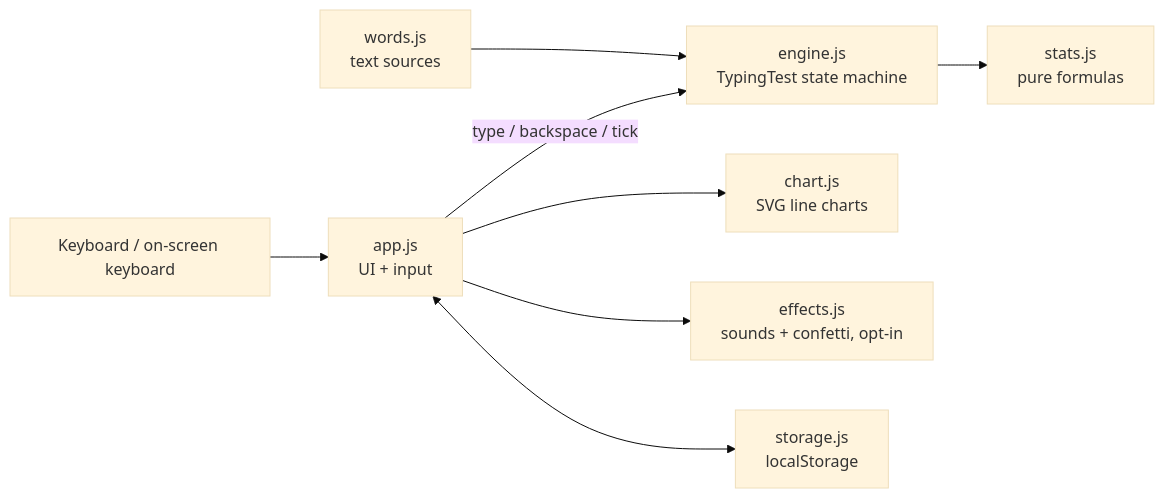
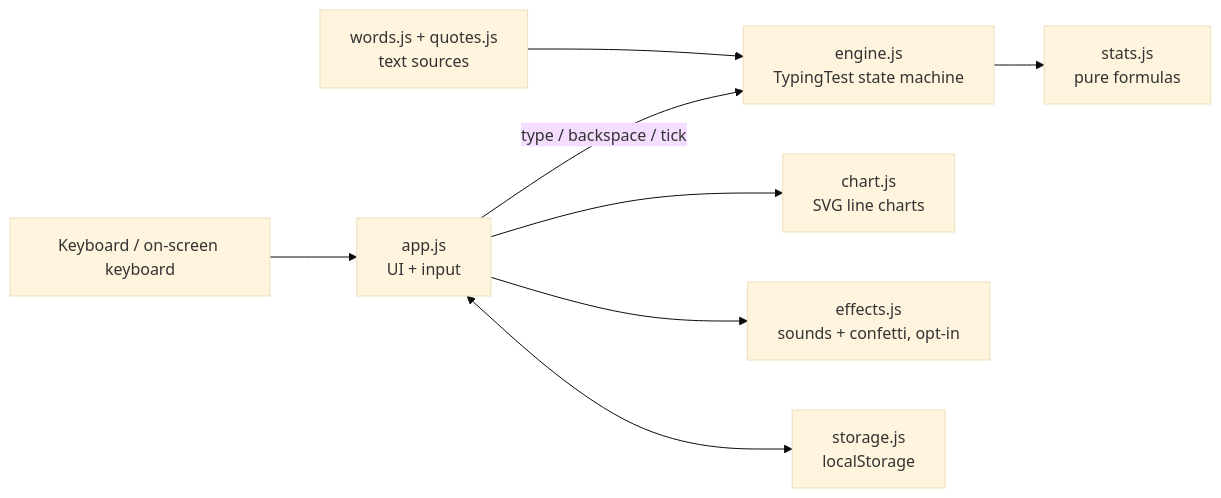
Before and after one commit to amalmehta/FunTypingTest: the diagram in docs/SYSTEM-DESIGN.md, drawn with Mermaid (base theme). The commit also changed other lines of this file and 12 other files, not shown here.

````diff
--- a/docs/SYSTEM-DESIGN.md
+++ b/docs/SYSTEM-DESIGN.md
@@ -7,10 +7,10 @@
 ```mermaid
 flowchart LR
   K[Keyboard / on-screen keyboard] --> A[app.js<br/>UI + input]
   A -->|type / backspace / tick| E[engine.js<br/>TypingTest state machine]
   E --> S[stats.js<br/>pure formulas]
-  W[words.js<br/>text sources] --> E
+  W[words.js + quotes.js<br/>text sources] --> E
   A --> C[chart.js<br/>SVG line charts]
   A --> FX[effects.js<br/>sounds + confetti, opt-in]
   A <--> ST[storage.js<br/>localStorage]
 ```
````
